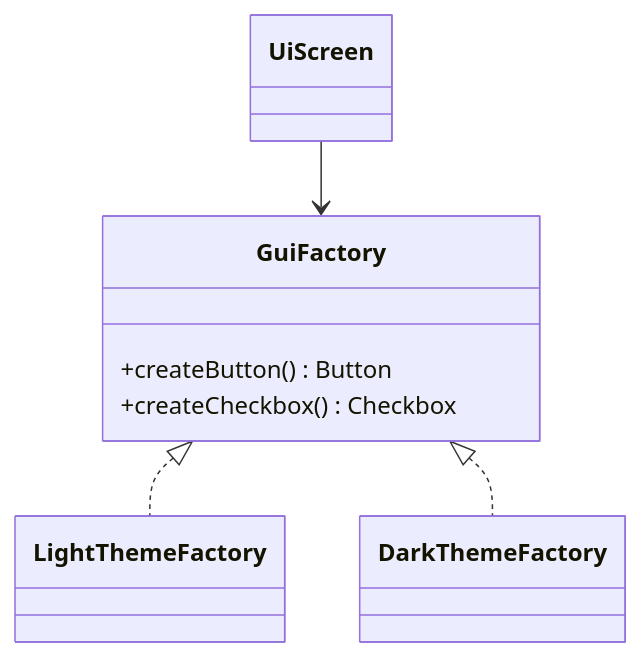
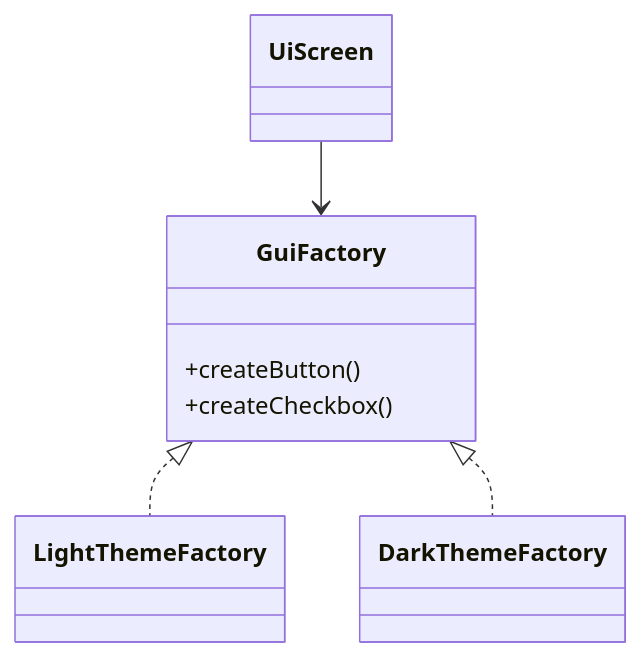
Before and after one commit to TunahanCan/design_pattern: the fourth of 14 diagrams in BOOK.md, drawn with Mermaid. The commit also changed other lines of this file, not shown here.

Commit message:
docs: expand BOOK with engineer-focused explanations and diagrams

````diff
--- a/BOOK.md
+++ b/BOOK.md
@@ -188,14 +155,14 @@
 ```mermaid
 classDiagram
     class GuiFactory {
-      +createButton() Button
-      +createCheckbox() Checkbox
+      +createButton()
+      +createCheckbox()
     }
     class LightThemeFactory
     class DarkThemeFactory
     class UiScreen
 
     GuiFactory <|.. LightThemeFactory
     GuiFactory <|.. DarkThemeFactory
     UiScreen --> GuiFactory
 ```
````
